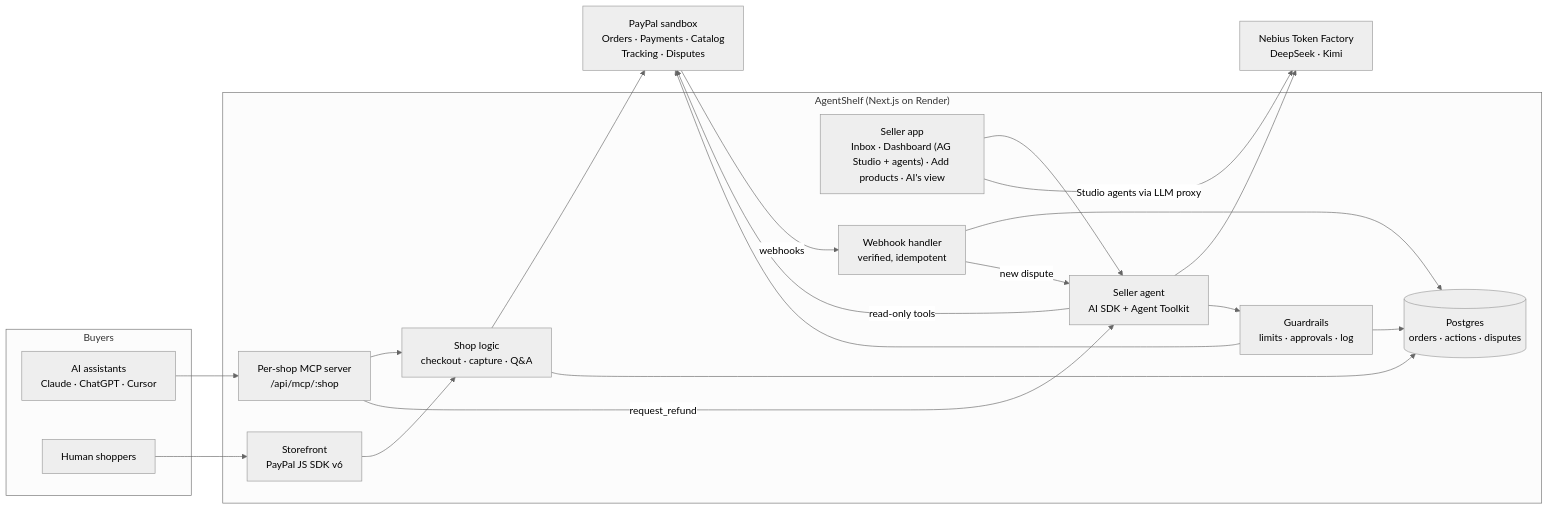
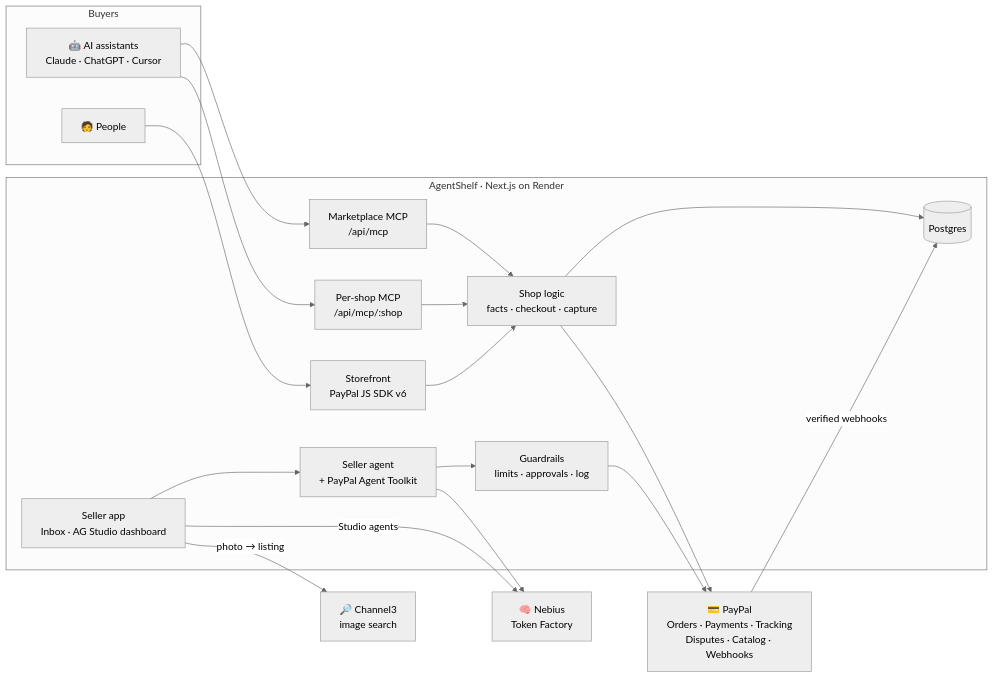
One commit to zaxcoraider/AgentShelf changed the diagram in README.md. Above: the diagram before and after it, drawn with Mermaid (neutral theme). The commit also changed other lines of this file and 13 other files, not shown here.

````diff
--- a/README.md
+++ b/README.md
@@ -70,33 +129,31 @@
 ```mermaid
 flowchart LR
   subgraph Buyers
-    AI["AI assistants<br/>Claude · ChatGPT · Cursor"]
-    H["Human shoppers"]
+    AI["🤖 AI assistants<br/>Claude · ChatGPT · Cursor"]
+    H["🧑 People"]
   end
-  subgraph AgentShelf["AgentShelf (Next.js on Render)"]
-    MCP["Per-shop MCP server<br/>/api/mcp/:shop"]
+  subgraph AgentShelf["AgentShelf · Next.js on Render"]
+    MP["Marketplace MCP<br/>/api/mcp"]
+    MCP["Per-shop MCP<br/>/api/mcp/:shop"]
     SF["Storefront<br/>PayPal JS SDK v6"]
-    SHOP["Shop logic<br/>checkout · capture · Q&A"]
-    AGENT["Seller agent<br/>AI SDK + Agent Toolkit"]
+    SHOP["Shop logic<br/>facts · checkout · capture"]
+    AGENT["Seller agent<br/>+ PayPal Agent Toolkit"]
     GUARD["Guardrails<br/>limits · approvals · log"]
-    UI["Seller app<br/>Inbox · Dashboard (AG Studio + agents) · Add products · AI's view"]
-    WH["Webhook handler<br/>verified, idempotent"]
-    DB[("Postgres<br/>orders · actions · disputes")]
+    UI["Seller app<br/>Inbox · AG Studio dashboard"]
+    DB[("Postgres")]
   end
-  LLM["Nebius Token Factory<br/>DeepSeek · Kimi"]
-  PP["PayPal sandbox<br/>Orders · Payments · Catalog<br/>Tracking · Disputes"]
+  PP["💳 PayPal<br/>Orders · Payments · Tracking<br/>Disputes · Catalog · Webhooks"]
+  LLM["🧠 Nebius<br/>Token Factory"]
+  C3["🔎 Channel3<br/>image search"]
 
+  AI --> MP --> SHOP
   AI --> MCP --> SHOP
   H --> SF --> SHOP
   SHOP --> PP
   SHOP --> DB
-  MCP -- request_refund --> AGENT
-  UI --> AGENT
-  UI -- Studio agents via LLM proxy --> LLM
+  PP -- verified webhooks --> DB
+  UI --> AGENT --> GUARD --> PP
   AGENT --> LLM
-  AGENT -- read-only tools --> PP
-  AGENT --> GUARD --> PP
-  GUARD --> DB
-  PP -- webhooks --> WH --> DB
-  WH -- new dispute --> AGENT
+  UI -- Studio agents --> LLM
+  UI -- photo → listing --> C3
 ```
````
